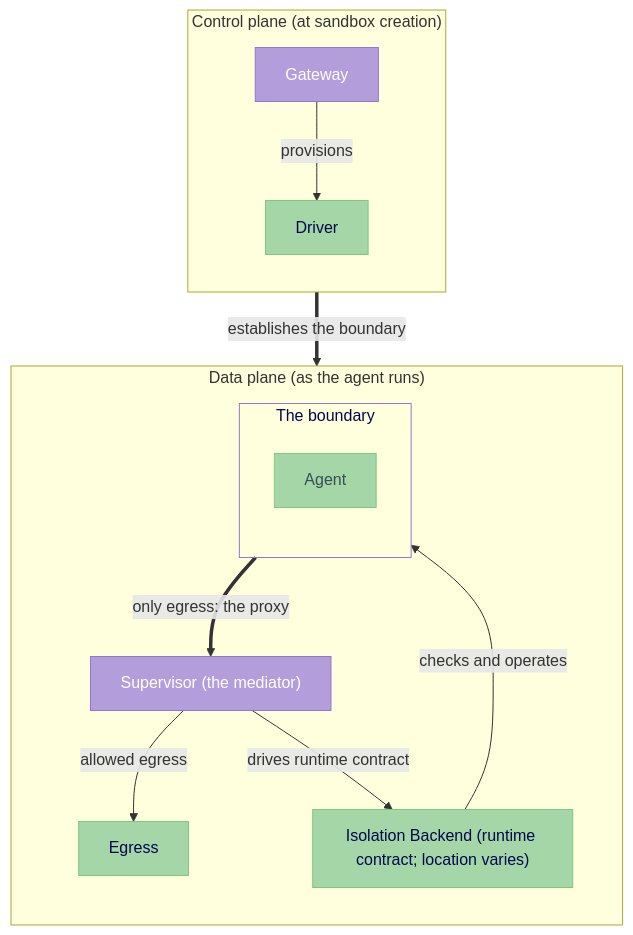
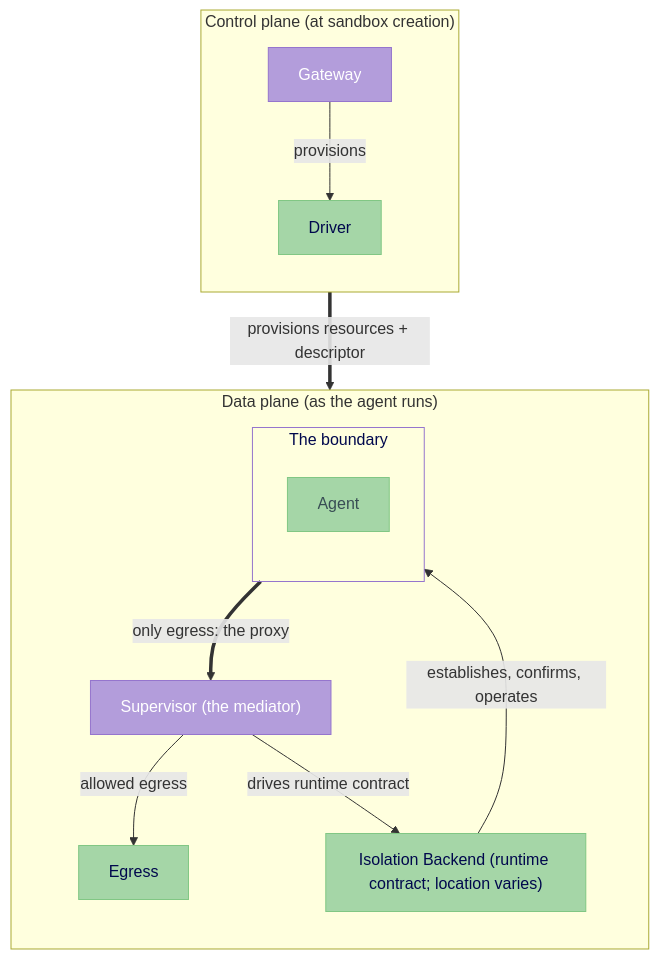
Before and after one commit to NVIDIA/OpenShell: the diagram in rfc/0012-isolation-backend/README.md, drawn with Mermaid. The commit also changed other lines of this file and 2 other files, not shown here.

````diff
--- a/rfc/0012-isolation-backend/README.md
+++ b/rfc/0012-isolation-backend/README.md
@@ -51,34 +52,34 @@
 ```mermaid
 graph TB
     subgraph ControlPlane["Control plane (at sandbox creation)"]
         direction TB
         Gateway["Gateway"]
         Driver["Driver"]
         Gateway -->|provisions| Driver
     end
 
     subgraph DataPlane["Data plane (as the agent runs)"]
         direction TB
         subgraph Boundary["The boundary"]
             direction TB
             Agent["Agent"]
         end
         Supervisor["Supervisor (the mediator)"]
         Runtime["Isolation Backend (runtime contract; location varies)"]
         Egress["Egress"]
         Agent ==>|only egress: the proxy| Supervisor
         Supervisor -->|allowed egress| Egress
         Supervisor -->|drives runtime contract| Runtime
     end
 
-    Driver ==>|establishes the boundary| Boundary
-    Runtime -->|checks and operates| Boundary
+    Driver ==>|provisions resources + descriptor| Boundary
+    Runtime -->|establishes, confirms, operates| Boundary
 
     style Boundary fill:none,stroke:#9575cd,color:#00084D
     style Gateway fill:#b39ddb,stroke:#9575cd,color:#fff
     style Supervisor fill:#b39ddb,stroke:#9575cd,color:#fff
     style Driver fill:#a5d6a7,stroke:#81c784,color:#00084D
     style Runtime fill:#a5d6a7,stroke:#81c784,color:#00084D
     style Agent fill:#a5d6a7,stroke:#81c784,color:#384D54
     style Egress fill:#a5d6a7,stroke:#81c784,color:#00084D
 ```
````
